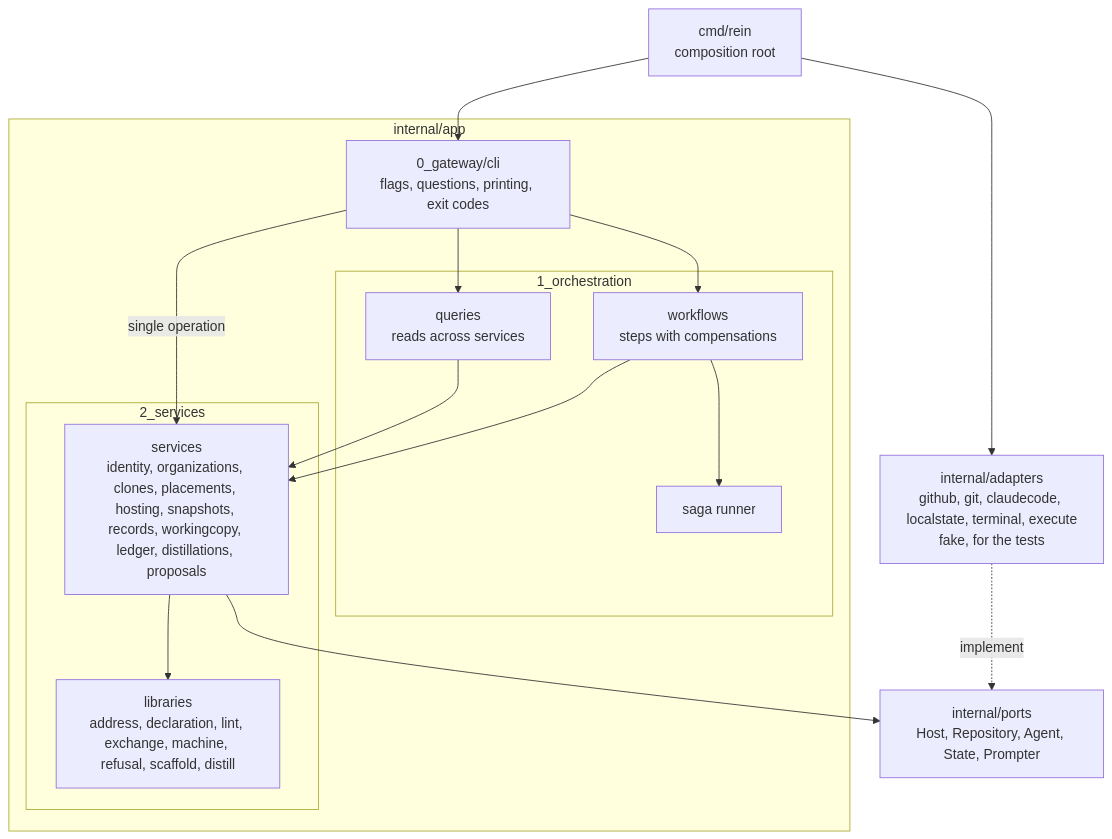
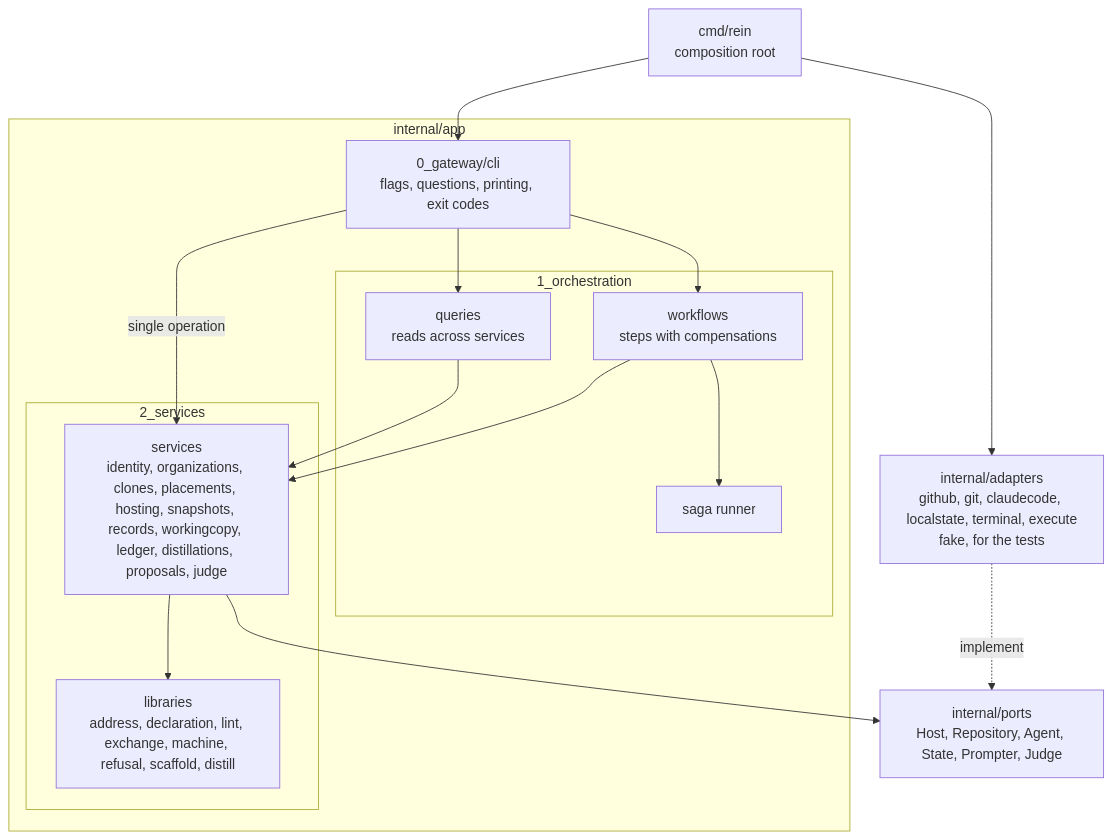
Before and after one commit to Danidani23/agents-rein: the diagram in docs/architecture.md, drawn with Mermaid. The commit also changed 21 other files, not shown here.

````diff
--- a/docs/architecture.md
+++ b/docs/architecture.md
@@ -18,30 +18,30 @@
 ```mermaid
 flowchart TB
     main["cmd/rein<br/>composition root"]
     subgraph app["internal/app"]
         gateway["0_gateway/cli<br/>flags, questions, printing, exit codes"]
         subgraph orchestration["1_orchestration"]
             workflows["workflows<br/>steps with compensations"]
             queries["queries<br/>reads across services"]
             runner["saga runner"]
         end
         subgraph services["2_services"]
-            svc["services<br/>identity, organizations, clones, placements, hosting, snapshots, records, workingcopy, ledger, distillations, proposals"]
+            svc["services<br/>identity, organizations, clones, placements, hosting, snapshots, records, workingcopy, ledger, distillations, proposals, judge"]
             libs["libraries<br/>address, declaration, lint, exchange, machine, refusal, scaffold, distill"]
         end
     end
-    ports["internal/ports<br/>Host, Repository, Agent, State, Prompter"]
+    ports["internal/ports<br/>Host, Repository, Agent, State, Prompter, Judge"]
     adapters["internal/adapters<br/>github, git, claudecode, localstate, terminal, execute<br/>fake, for the tests"]
 
     main --> gateway
     main --> adapters
     gateway --> workflows
     gateway --> queries
     gateway -- "single operation" --> svc
     workflows --> runner
     workflows --> svc
     queries --> svc
     svc --> ports
     svc --> libs
     adapters -. implement .-> ports
 ```
````
